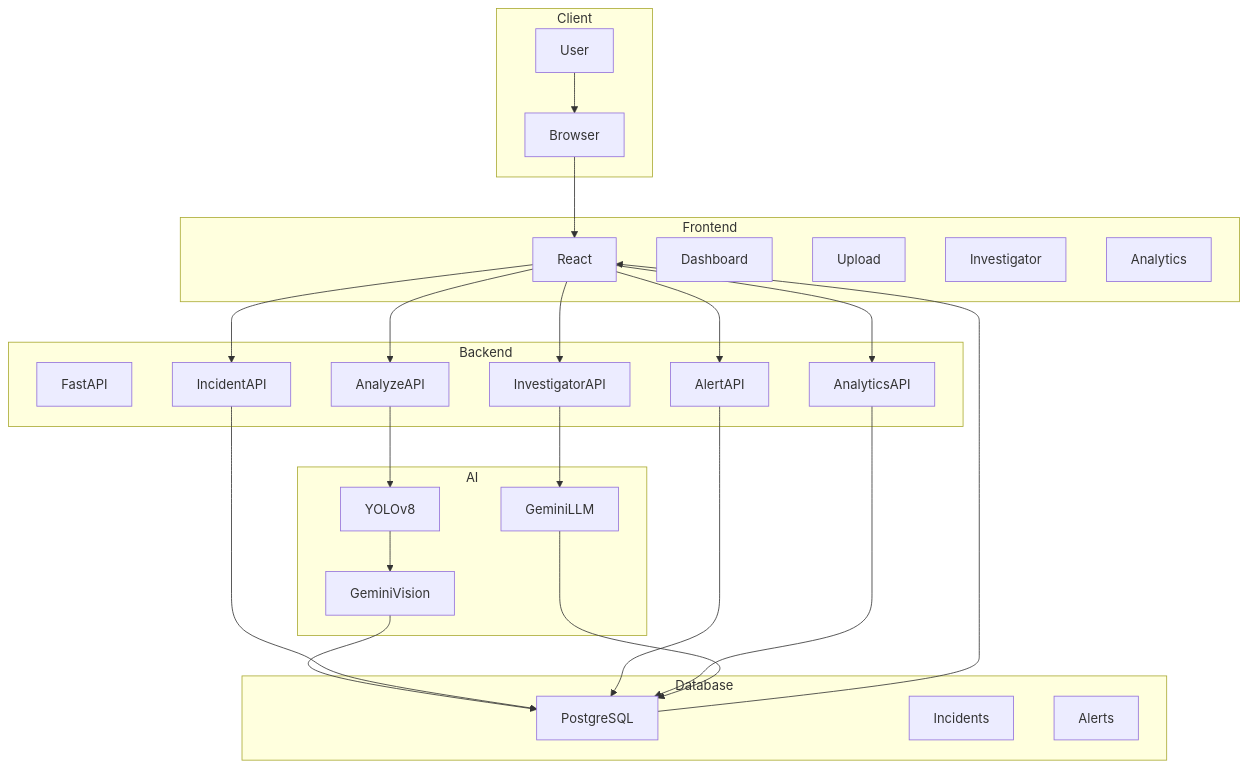
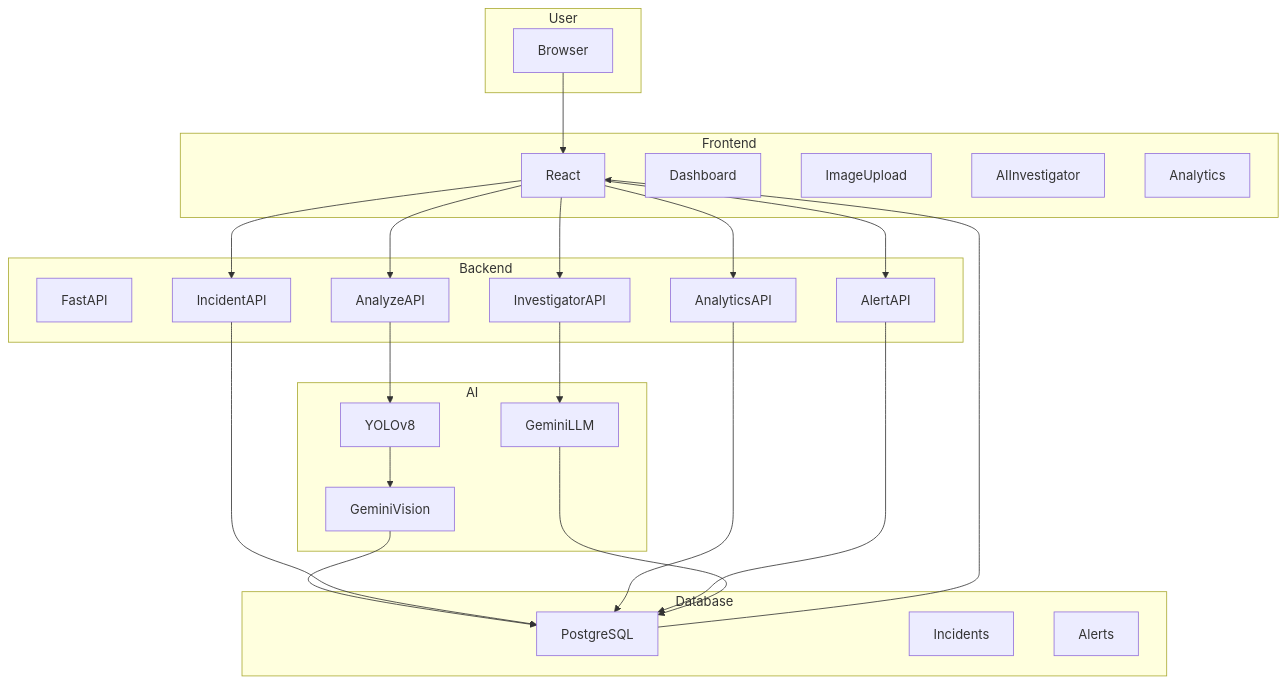
The second of 5 diagrams in README.md (ajaysathriai-afk/Drone-Sentinel-Agent), drawn with Mermaid before and after one commit. The commit also changed other lines of this file, not shown here.

````diff
--- a/README.md
+++ b/README.md
@@ -173,49 +202,72 @@
 ```mermaid
 flowchart TB
 
-subgraph Client
-User
+subgraph User
+
 Browser
+
 end
 
 subgraph Frontend
+
 React
+
 Dashboard
-Upload
-Investigator
+
+ImageUpload
+
+AIInvestigator
+
 Analytics
+
 end
 
 subgraph Backend
+
 FastAPI
 
 AnalyzeAPI
+
 IncidentAPI
+
+AnalyticsAPI
+
 AlertAPI
-AnalyticsAPI
+
 InvestigatorAPI
+
 end
 
 subgraph AI
+
 YOLOv8
+
 GeminiVision
+
 GeminiLLM
+
 end
 
 subgraph Database
+
 PostgreSQL
+
 Incidents
+
 Alerts
+
 end
-
-User --> Browser
 
 Browser --> React
 
 React --> AnalyzeAPI
+
 React --> IncidentAPI
+
+React --> AnalyticsAPI
+
 React --> AlertAPI
-React --> AnalyticsAPI
+
 React --> InvestigatorAPI
 
 AnalyzeAPI --> YOLOv8
@@ -226,9 +278,9 @@
 
 IncidentAPI --> PostgreSQL
 
+AnalyticsAPI --> PostgreSQL
+
 AlertAPI --> PostgreSQL
-
-AnalyticsAPI --> PostgreSQL
 
 InvestigatorAPI --> GeminiLLM
 
````
